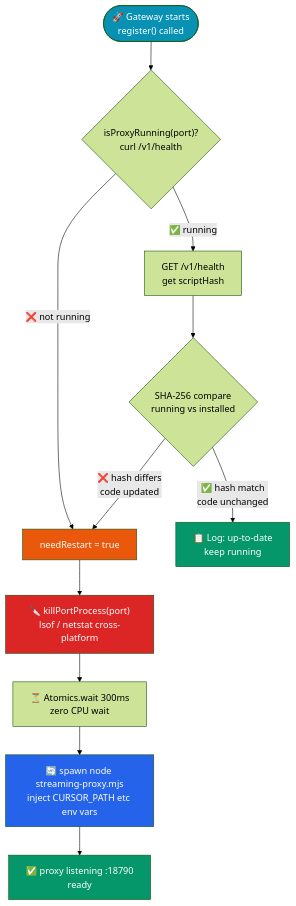
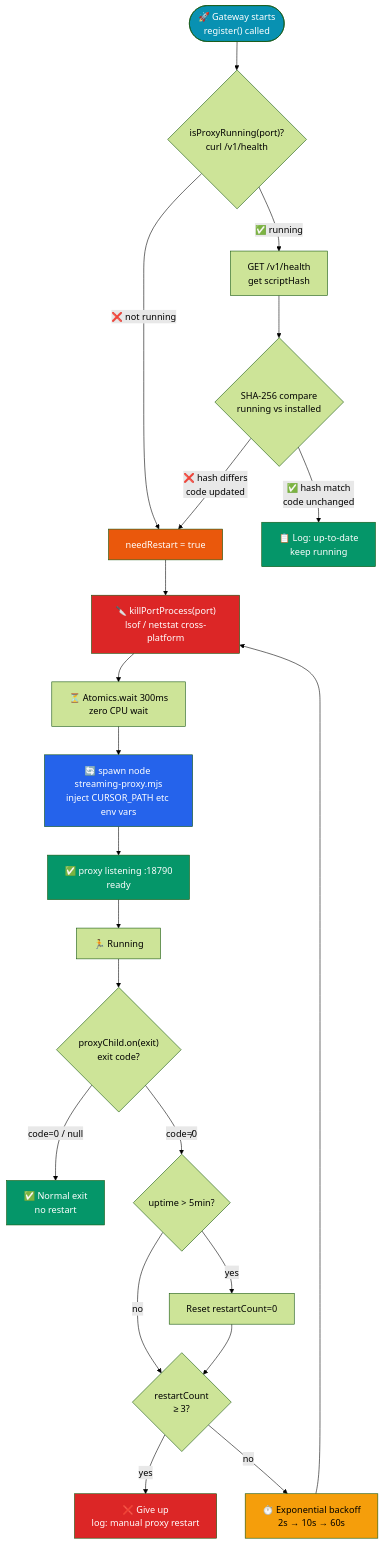
One commit to andeya/openclaw-cursor-brain changed the tenth of 10 diagrams in doc/technical-guide-en.md. Above: the diagram before and after it, drawn with Mermaid (forest theme). The commit also changed other lines of this file and 3 other files, not shown here.

````diff
--- a/doc/technical-guide-en.md
+++ b/doc/technical-guide-en.md
@@ -779,24 +799,38 @@
 ```mermaid
 flowchart TD
     GWStart(["🚀 Gateway starts<br/>register() called"])
     GWStart --> IsRunning{"isProxyRunning(port)?<br/>curl /v1/health"}
 
     IsRunning -->|"❌ not running"| NeedStart["needRestart = true"]
     IsRunning -->|"✅ running"| FetchHealth["GET /v1/health<br/>get scriptHash"]
 
     FetchHealth --> CompareHash{"SHA-256 compare<br/>running vs installed"}
     CompareHash -->|"✅ hash match<br/>code unchanged"| UpToDate["📋 Log: up-to-date<br/>keep running"]
     CompareHash -->|"❌ hash differs<br/>code updated"| NeedStart
 
     NeedStart --> Kill["🔪 killPortProcess(port)<br/>lsof / netstat cross-platform"]
     Kill --> Wait["⏳ Atomics.wait 300ms<br/>zero CPU wait"]
     Wait --> Spawn["🔄 spawn node streaming-proxy.mjs<br/>inject CURSOR_PATH etc env vars"]
     Spawn --> Listen["✅ proxy listening :18790<br/>ready"]
 
+    Listen --> Running["🏃 Running"]
+    Running --> ExitEvent{"proxyChild.on(exit)<br/>exit code?"}
+    ExitEvent -->|"code=0 / null"| Done["✅ Normal exit<br/>no restart"]
+    ExitEvent -->|"code≠0"| CheckUptime{"uptime > 5min?"}
+    CheckUptime -->|"yes"| ResetCount["Reset restartCount=0"]
+    CheckUptime -->|"no"| CheckCount
+    ResetCount --> CheckCount{"restartCount<br/>≥ 3?"}
+    CheckCount -->|"yes"| GiveUp["❌ Give up<br/>log: manual proxy restart"]
+    CheckCount -->|"no"| AutoRestart["⏱️ Exponential backoff<br/>2s → 10s → 60s"]
+    AutoRestart --> Kill
+
     style GWStart fill:#0891b2,color:#fff
     style NeedStart fill:#ea580c,color:#fff
     style Kill fill:#dc2626,color:#fff
     style Spawn fill:#2563eb,color:#fff
     style Listen fill:#059669,color:#fff
     style UpToDate fill:#059669,color:#fff
+    style Done fill:#059669,color:#fff
+    style GiveUp fill:#dc2626,color:#fff
+    style AutoRestart fill:#f59e0b,color:#000
 ```
````
